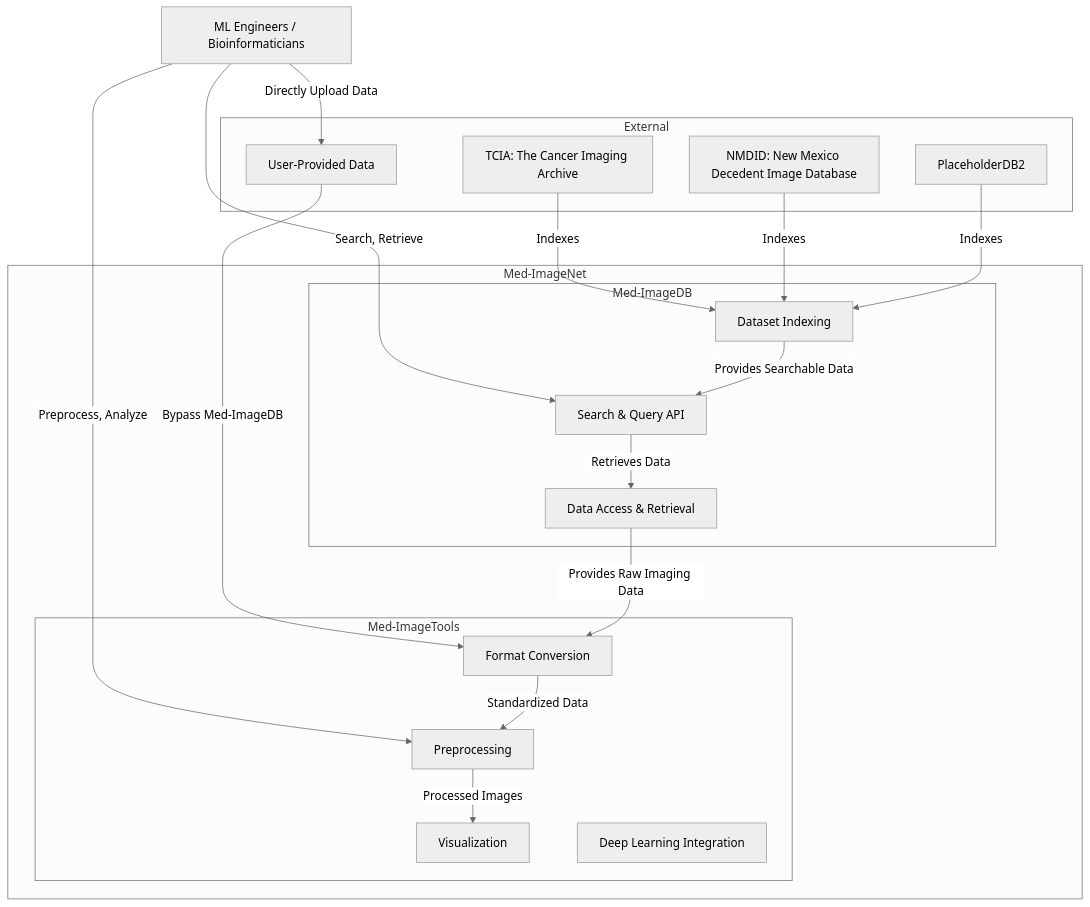
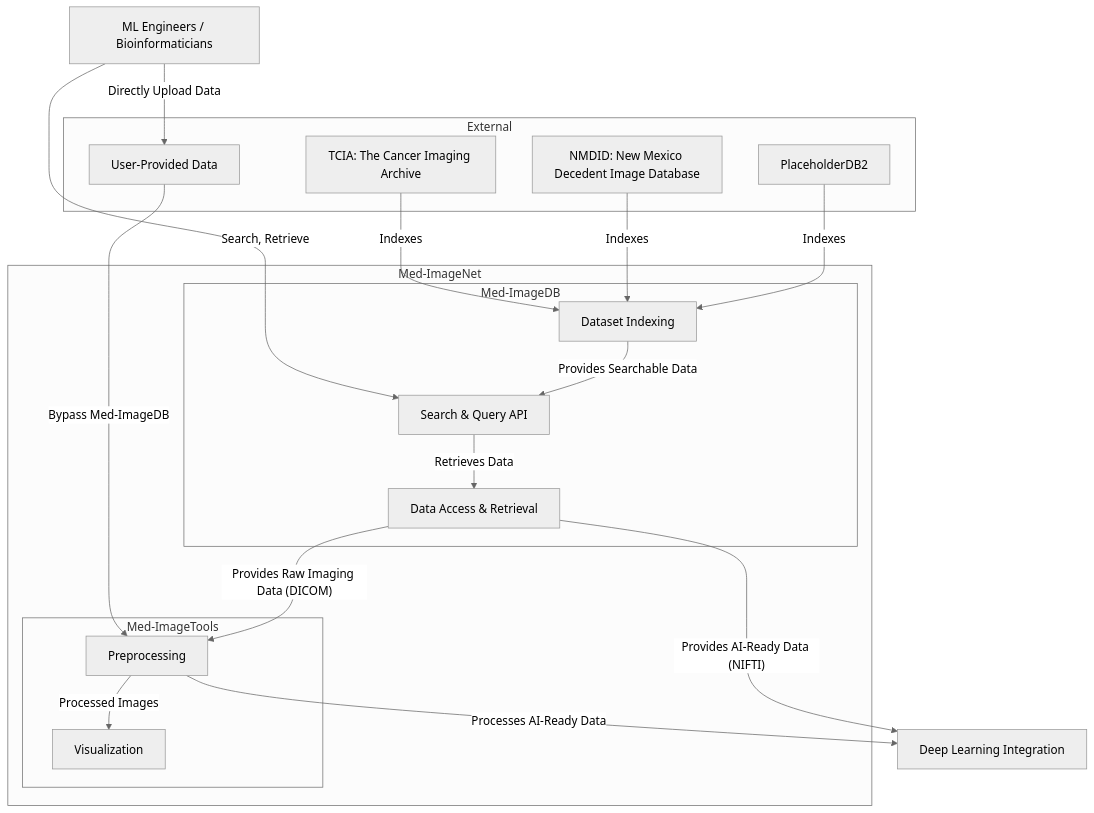
Before and after one commit to bhklab/med-imagenet: the second of 2 diagrams in docs/devnotes/UserStoriesAndArchitecture.md, drawn with Mermaid (neutral theme). The commit also changed other lines of this file, not shown here.

````diff
--- a/docs/devnotes/UserStoriesAndArchitecture.md
+++ b/docs/devnotes/UserStoriesAndArchitecture.md
@@ -118,42 +180,34 @@
 ```mermaid
-graph TD
-    subgraph External
-        TCIA[TCIA: The Cancer Imaging Archive]
-        DB1[NMDID: New Mexico Decedent Image Database]
-        DB2[PlaceholderDB2]
-        UserData[User-Provided Data]
-    end
-
-    subgraph Med-ImageNet
-        subgraph Med-ImageDB
-            Indexing[Dataset Indexing]
-            Query[Search & Query API]
-            Access[Data Access & Retrieval]
-        end
-
-        subgraph Med-ImageTools
-            Preprocess[Preprocessing]
-            Convert[Format Conversion]
-            Visualize[Visualization]
-            AI-Ready[Deep Learning Integration]
-        end
-    end
-
-    Users[ML Engineers / Bioinformaticians] -->|Search, Retrieve| Query
-    Users -->|Preprocess, Analyze| Preprocess
-    Users -->|Directly Upload Data| UserData
-
-    TCIA -->|Indexes| Indexing
-    DB1 -->|Indexes| Indexing
-    DB2 -->|Indexes| Indexing
-
-    UserData -->|Bypass Med-ImageDB| Convert
-
-    Indexing -->|Provides Searchable Data| Query
-    Query -->|Retrieves Data| Access
-    Access -->|Provides Raw Imaging Data| Convert
-
-    Convert -->|Standardized Data| Preprocess
-    Preprocess -->|Processed Images| Visualize
-    
+flowchart TD
+ subgraph External["External"]
+        TCIA["TCIA: The Cancer Imaging Archive"]
+        DB1["NMDID: New Mexico Decedent Image Database"]
+        DB2["PlaceholderDB2"]
+        UserData["User-Provided Data"]
+  end
+ subgraph s1["Med-ImageDB"]
+        Indexing["Dataset Indexing"]
+        Query["Search & Query API"]
+        Access["Data Access & Retrieval"]
+  end
+ subgraph s2["Med-ImageTools"]
+        Preprocess["Preprocessing"]
+        Visualize["Visualization"]
+  end
+ subgraph s3["Med-ImageNet"]
+        s1
+        s2
+  end
+    Users["ML Engineers / Bioinformaticians"] -- Search, Retrieve --> Query
+    Users -- Directly Upload Data --> UserData
+    TCIA -- Indexes --> Indexing
+    DB1 -- Indexes --> Indexing
+    DB2 -- Indexes --> Indexing
+    UserData -- "Bypass Med-ImageDB" --> Preprocess
+    Indexing -- Provides Searchable Data --> Query
+    Query -- Retrieves Data --> Access
+    Access -- Provides Raw Imaging Data (DICOM) --> Preprocess
+    Preprocess -- "Processes AI-Ready Data" --> AI-Ready["Deep Learning Integration"]
+    Access -- "Provides AI-Ready Data (NIFTI)" --> AI-Ready
+    Preprocess -- Processed Images --> Visualize
 ```
````
